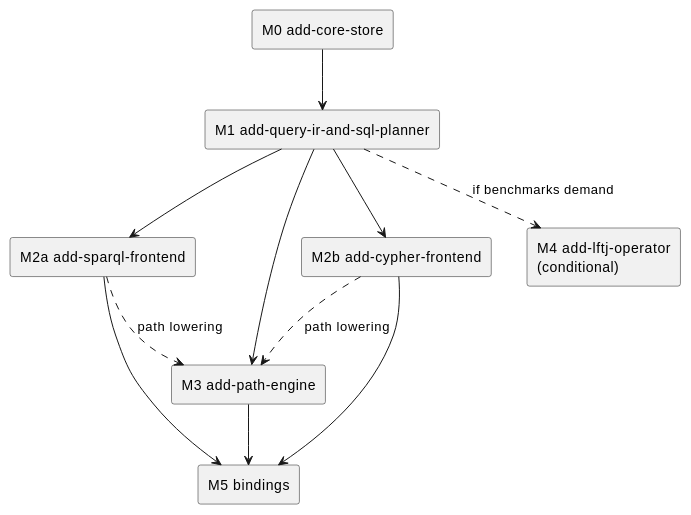
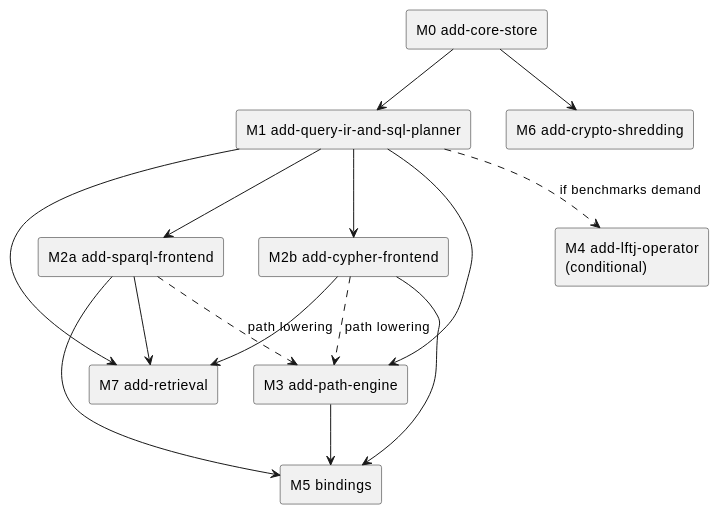
One commit to Volland/tiramemsu changed the diagram in lat.md/roadmap.md. Above: the diagram before and after it, drawn with PlantUML. The commit also changed other lines of this file and 58 other files, not shown here.

````diff
--- a/lat.md/roadmap.md
+++ b/lat.md/roadmap.md
@@ -19,22 +23,28 @@
 ```plantuml
 @startuml milestones
 skinparam shadowing false
 rectangle "M0 add-core-store" as M0
 rectangle "M1 add-query-ir-and-sql-planner" as M1
 rectangle "M2a add-sparql-frontend" as M2a
 rectangle "M2b add-cypher-frontend" as M2b
 rectangle "M3 add-path-engine" as M3
 rectangle "M4 add-lftj-operator\n(conditional)" as M4
 rectangle "M5 bindings" as M5
+rectangle "M6 add-crypto-shredding" as M6
+rectangle "M7 add-retrieval" as M7
+M0 --> M6
+M1 --> M7
+M2a --> M7
+M2b --> M7
 M0 --> M1
 M1 --> M2a
 M1 --> M2b
 M1 --> M3
 M2a ..> M3 : path lowering
 M2b ..> M3 : path lowering
 M1 ..> M4 : if benchmarks demand
 M3 --> M5
 M2a --> M5
 M2b --> M5
 @enduml
 ```
````
